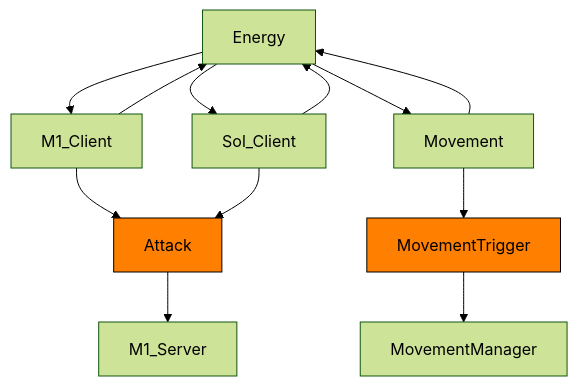
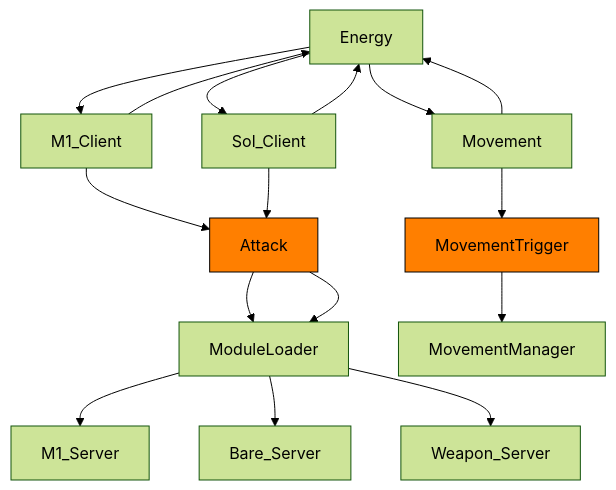
One commit to altair5607249/Crusaders-Game changed the diagram in README.md. Above: the diagram before and after it, drawn with Mermaid (forest theme).

````diff
--- a/README.md
+++ b/README.md
@@ -21,14 +21,17 @@
 ```mermaid
 graph TD;
 
   classDef remoteEvent fill:#FF7F00,stroke:#000000,color:#000000
 
   Energy-->M1_Client-->Energy;
   Energy-->Sol_Client-->Energy;
   Energy-->Movement-->Energy;
-  M1_Client-->Attack-->M1_Server;
-  Sol_Client-->Attack;
+  M1_Client-->Attack-->ModuleLoader;
+  Sol_Client-->Attack-->ModuleLoader;
   Movement-->MovementTrigger-->MovementManager;
+  ModuleLoader-->M1_Server;
+  ModuleLoader-->Bare_Server;
+  ModuleLoader-->Weapon_Server
 
   class Attack,MovementTrigger remoteEvent;
 ```  
````
